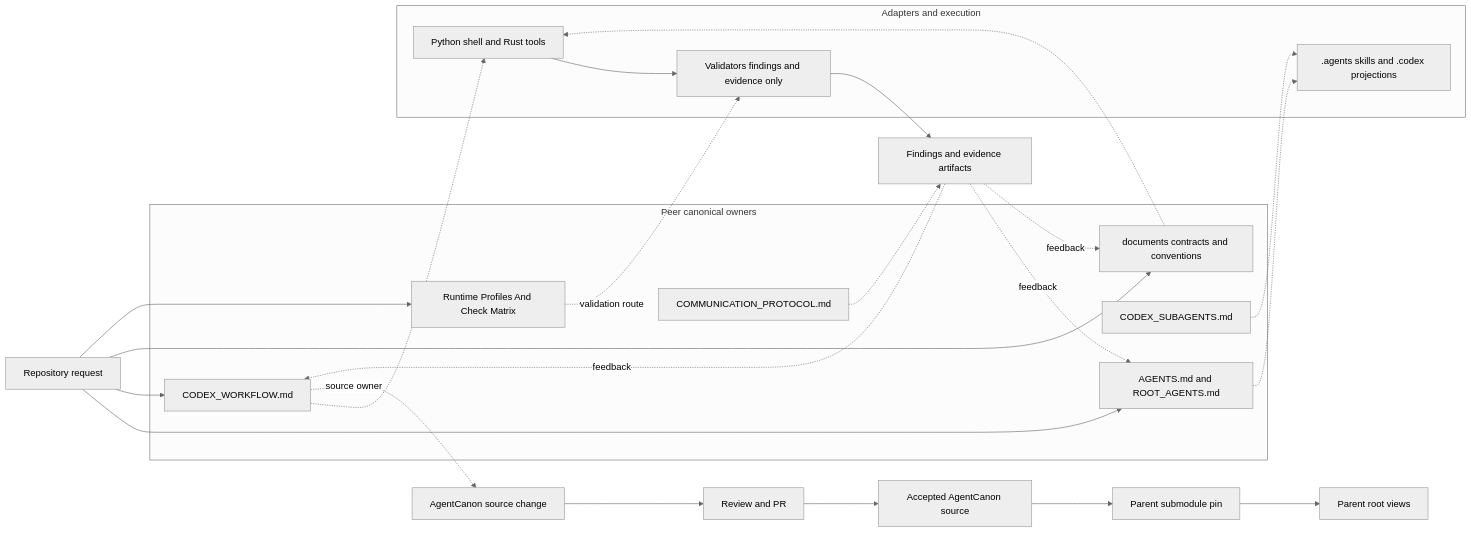
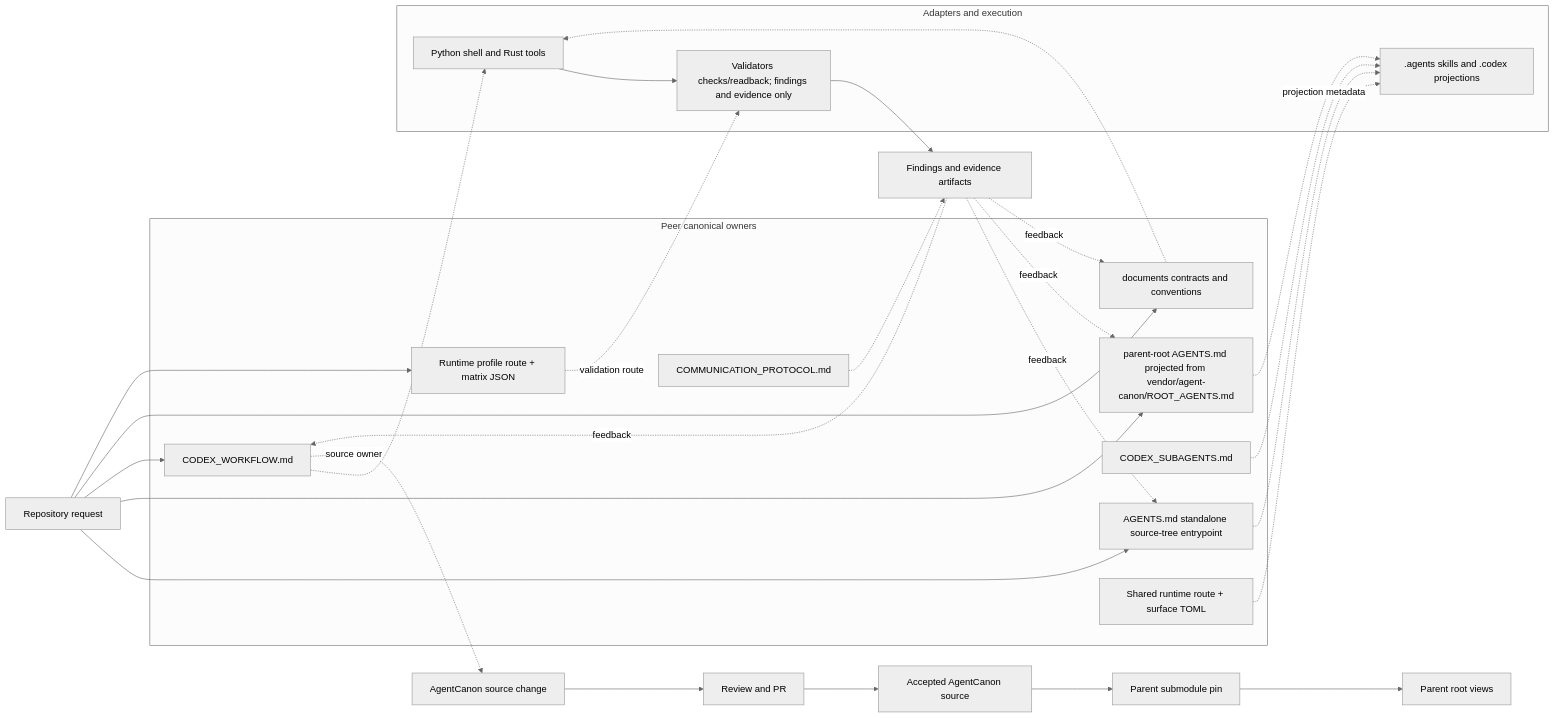
Before and after one commit to iwashita-nozomu/agent-canon: the diagram in README.md, drawn with Mermaid (neutral theme). The commit also changed other lines of this file, not shown here.

Commit message:
docs: clarify runtime owner and projection sources

````diff
--- a/README.md
+++ b/README.md
@@ -70,47 +74,53 @@
 ```mermaid
 flowchart LR
   request[Repository request]
 
   subgraph owners[Peer canonical owners]
-    instructions[AGENTS.md and ROOT_AGENTS.md]
+    source_entry[AGENTS.md standalone source-tree entrypoint]
+    parent_entry[parent-root AGENTS.md projected from vendor/agent-canon/ROOT_AGENTS.md]
     workflow[CODEX_WORKFLOW.md]
     subagents[CODEX_SUBAGENTS.md]
     communication[COMMUNICATION_PROTOCOL.md]
     documents[documents contracts and conventions]
-    profiles[Runtime Profiles And Check Matrix]
+    surfaces[Shared runtime route + surface TOML]
+    profiles[Runtime profile route + matrix JSON]
   end
 
   subgraph execution[Adapters and execution]
     adapters[.agents skills and .codex projections]
     tools[Python shell and Rust tools]
-    validators[Validators findings and evidence only]
+    validators[Validators checks/readback; findings and evidence only]
   end
 
   evidence[Findings and evidence artifacts]
   change[AgentCanon source change]
   review[Review and PR]
   source[Accepted AgentCanon source]
   pin[Parent submodule pin]
   views[Parent root views]
 
-  request --> instructions
+  request --> source_entry
+  request --> parent_entry
   request --> workflow
   request --> documents
   request --> profiles
-  instructions -.-> adapters
+  source_entry -.-> adapters
+  parent_entry -.-> adapters
   workflow -.-> tools
   subagents -.-> adapters
   communication -.-> evidence
   documents -.-> tools
+  surfaces -. projection metadata .-> adapters
   profiles -. validation route .-> validators
   tools --> validators
   validators --> evidence
-  evidence -. feedback .-> instructions
+  evidence -. feedback .-> source_entry
+  evidence -. feedback .-> parent_entry
   evidence -. feedback .-> workflow
   evidence -. feedback .-> documents
   workflow -. source owner .-> change
   change --> review
   review --> source
   source --> pin
   pin --> views
 ```
````
